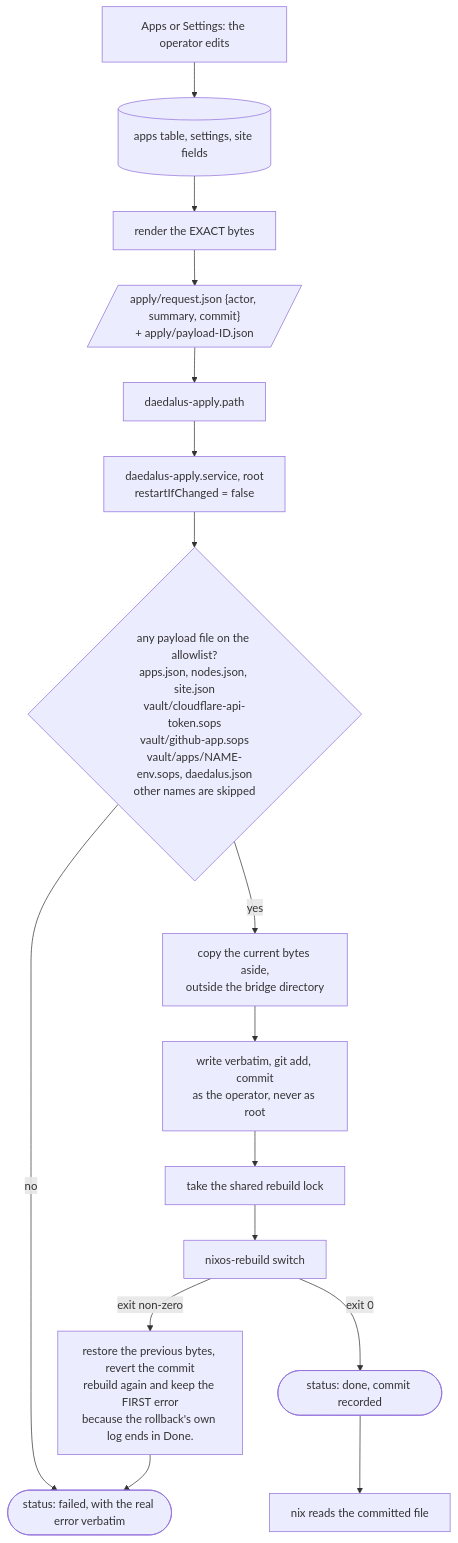
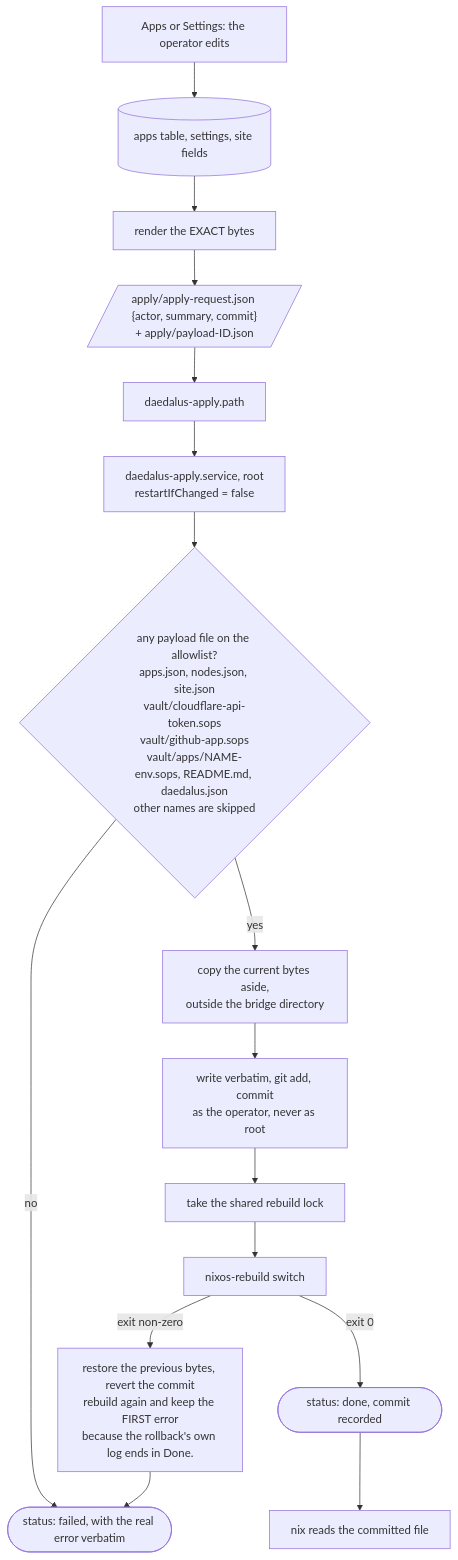
Before and after one commit to santiagotoscanini/daedalus: the third of 5 diagrams in ARCHITECTURE.md, drawn with Mermaid. The commit also changed other lines of this file and 22 other files, not shown here.

````diff
--- a/ARCHITECTURE.md
+++ b/ARCHITECTURE.md
@@ -181,25 +180,25 @@
 ```mermaid
 flowchart TB
   UI["Apps or Settings: the operator edits"]
   DBT[("apps table, settings, site fields")]
   Render["render the EXACT bytes"]
-  Req[/"apply/request.json {actor, summary, commit}<br/>+ apply/payload-ID.json"/]
+  Req[/"apply/apply-request.json {actor, summary, commit}<br/>+ apply/payload-ID.json"/]
   PathU["daedalus-apply.path"]
   Sh["daedalus-apply.service, root<br/>restartIfChanged = false"]
-  Allow{"any payload file on the allowlist?<br/>apps.json, nodes.json, site.json<br/>vault/cloudflare-api-token.sops<br/>vault/github-app.sops<br/>vault/apps/NAME-env.sops, daedalus.json<br/>other names are skipped"}
+  Allow{"any payload file on the allowlist?<br/>apps.json, nodes.json, site.json<br/>vault/cloudflare-api-token.sops<br/>vault/github-app.sops<br/>vault/apps/NAME-env.sops, README.md, daedalus.json<br/>other names are skipped"}
   Prev["copy the current bytes aside,<br/>outside the bridge directory"]
   Git["write verbatim, git add, commit<br/>as the operator, never as root"]
   Lock["take the shared rebuild lock"]
   Sw["nixos-rebuild switch"]
   Ok(["status: done, commit recorded"])
   Roll["restore the previous bytes, revert the commit<br/>rebuild again and keep the FIRST error<br/>because the rollback's own log ends in Done."]
   Bad(["status: failed, with the real error verbatim"])
   NixRead["nix reads the committed file"]
 
   UI --> DBT --> Render --> Req --> PathU --> Sh --> Allow
   Allow -- no --> Bad
   Allow -- yes --> Prev --> Git --> Lock --> Sw
   Sw -- "exit 0" --> Ok
   Sw -- "exit non-zero" --> Roll --> Bad
   Ok --> NixRead
 ```
````
